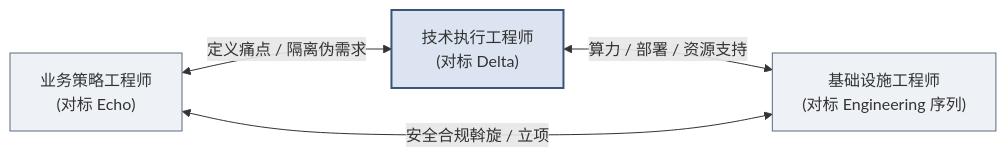
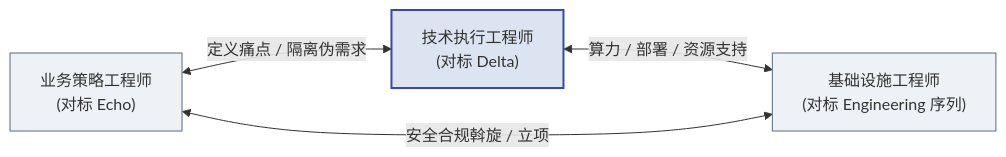
The second of 2 diagrams in textbook/第03章_Palantir的平台与FDE体系.md (cloudzun/fde-course), drawn with Mermaid before and after one commit. The commit also changed other lines of this file and 12 other files, not shown here.

Commit message:
style: 全库21张mermaid图规范化——节点ID语义化+品牌色统一+补齐图注，第11章新增反馈环路图

````diff
--- a/textbook/第03章_Palantir的平台与FDE体系.md
+++ b/textbook/第03章_Palantir的平台与FDE体系.md
@@ -92,14 +94,14 @@
 ```mermaid
 graph LR
-    A["业务策略工程师<br/>(对标 Echo)"]
-    B["技术执行工程师<br/>(对标 Delta)"]
-    C["基础设施工程师<br/>(对标 Engineering 序列)"]
+    strategy["业务策略工程师<br/>(对标 Echo)"]
+    tech["技术执行工程师<br/>(对标 Delta)"]
+    infra["基础设施工程师<br/>(对标 Engineering 序列)"]
     
-    A <-->|"定义痛点 / 隔离伪需求"| B
-    B <-->|"算力 / 部署 / 资源支持"| C
-    A <-->|"安全合规斡旋 / 立项"| C
+    strategy <-->|"定义痛点 / 隔离伪需求"| tech
+    tech <-->|"算力 / 部署 / 资源支持"| infra
+    strategy <-->|"安全合规斡旋 / 立项"| infra
 
-    style A fill:#eef2f7,stroke:#5a6b7f
-    style B fill:#dbe4f0,stroke:#3a5578,stroke-width:2px
-    style C fill:#eef2f7,stroke:#5a6b7f
+    style strategy fill:#eef2f7,stroke:#5a6b7f
+    style tech fill:#dbe4f0,stroke:#3949ab,stroke-width:2px
+    style infra fill:#eef2f7,stroke:#5a6b7f
 ```
````
